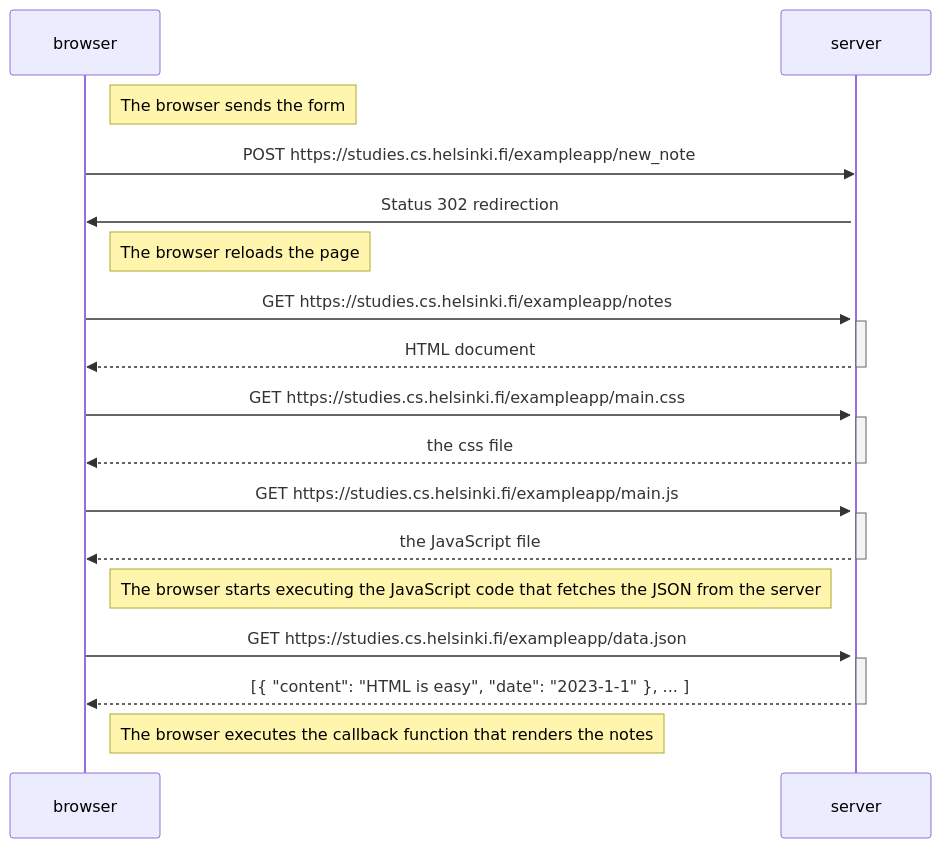
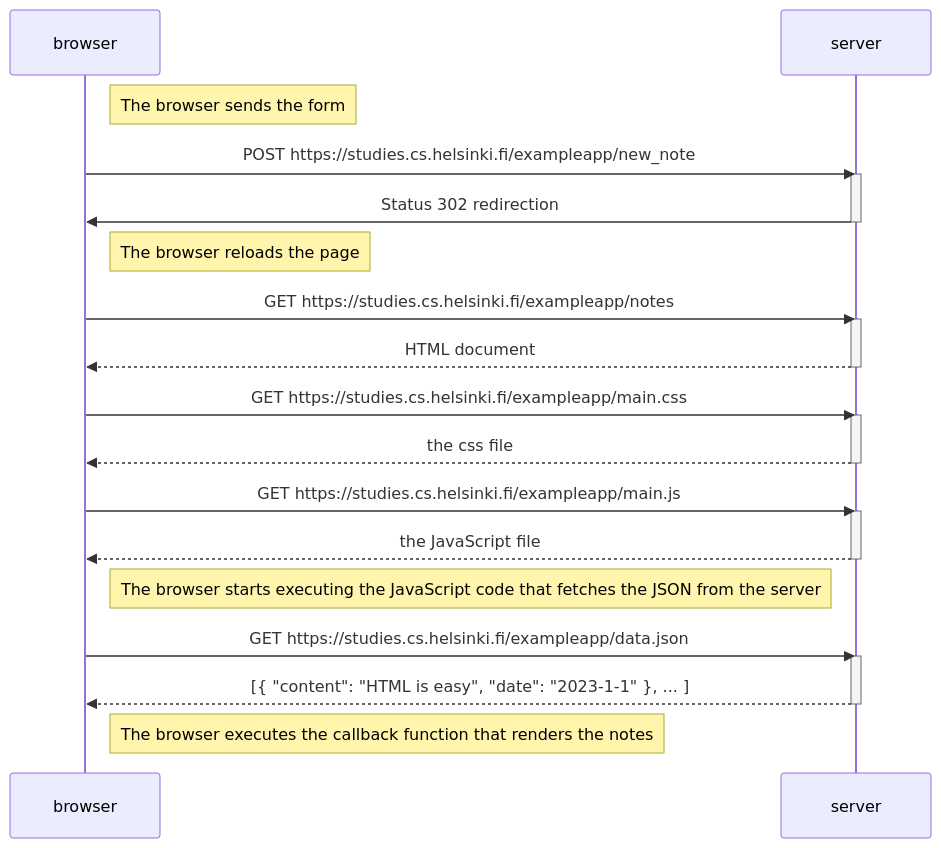
One commit to EyzeCOLD/fullstackopen changed the diagram in osa0/0.4: uusi muistiinpano.md. Above: the diagram before and after it, drawn with Mermaid.

Commit message:
small fix 0.4

````diff
--- a/osa0/0.4: uusi muistiinpano.md
+++ b/osa0/0.4: uusi muistiinpano.md
@@ -2,37 +2,38 @@
 ```mermaid
 sequenceDiagram
     participant browser
     participant server
 
     Note right of browser: The browser sends the form
 
     browser->>server: POST https://studies.cs.helsinki.fi/exampleapp/new_note
     activate server
     server->>browser: Status 302 redirection
+    deactivate server
 
     Note right of browser: The browser reloads the page
 
     browser->>server: GET https://studies.cs.helsinki.fi/exampleapp/notes
     activate server
     server-->>browser: HTML document
     deactivate server
     
     browser->>server: GET https://studies.cs.helsinki.fi/exampleapp/main.css
     activate server
     server-->>browser: the css file
     deactivate server
     
     browser->>server: GET https://studies.cs.helsinki.fi/exampleapp/main.js
     activate server
     server-->>browser: the JavaScript file
     deactivate server
     
     Note right of browser: The browser starts executing the JavaScript code that fetches the JSON from the server
     
     browser->>server: GET https://studies.cs.helsinki.fi/exampleapp/data.json
     activate server
     server-->>browser: [{ "content": "HTML is easy", "date": "2023-1-1" }, ... ]
     deactivate server    
 
     Note right of browser: The browser executes the callback function that renders the notes 
 ```
````
